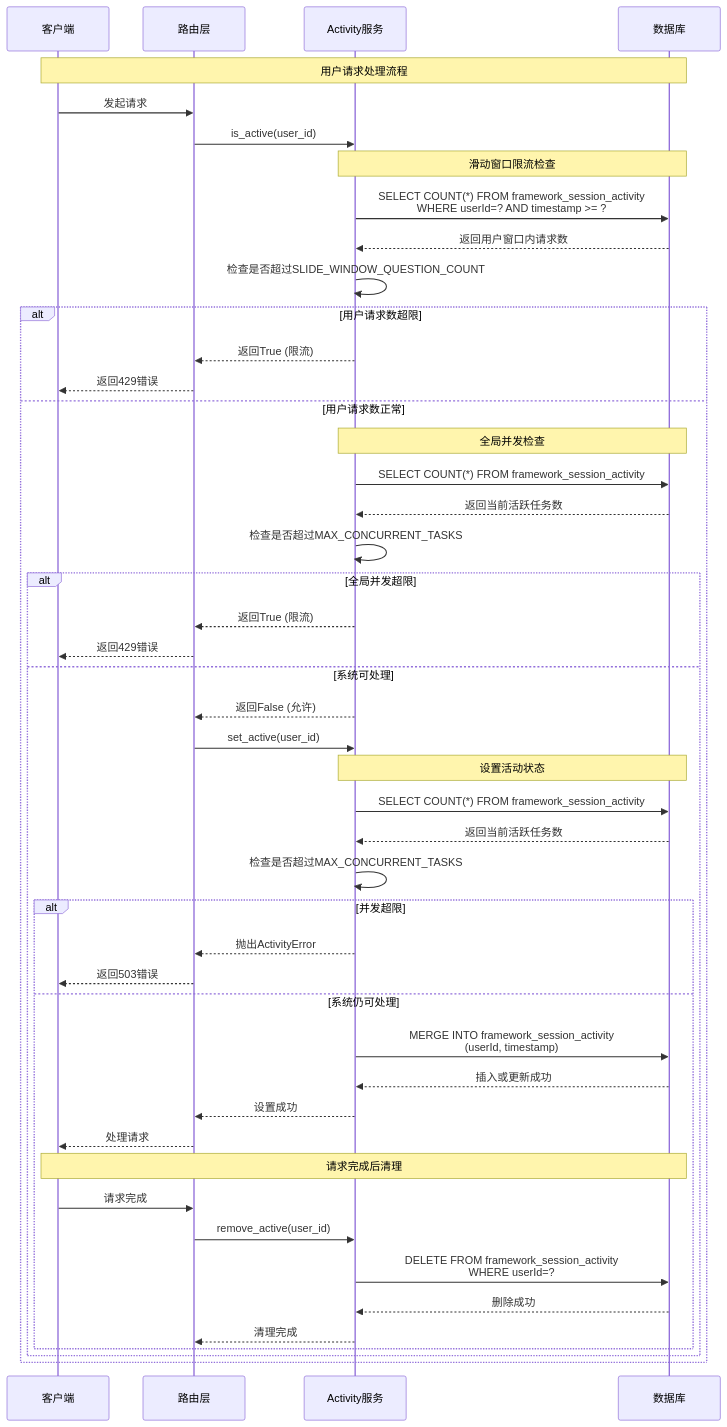
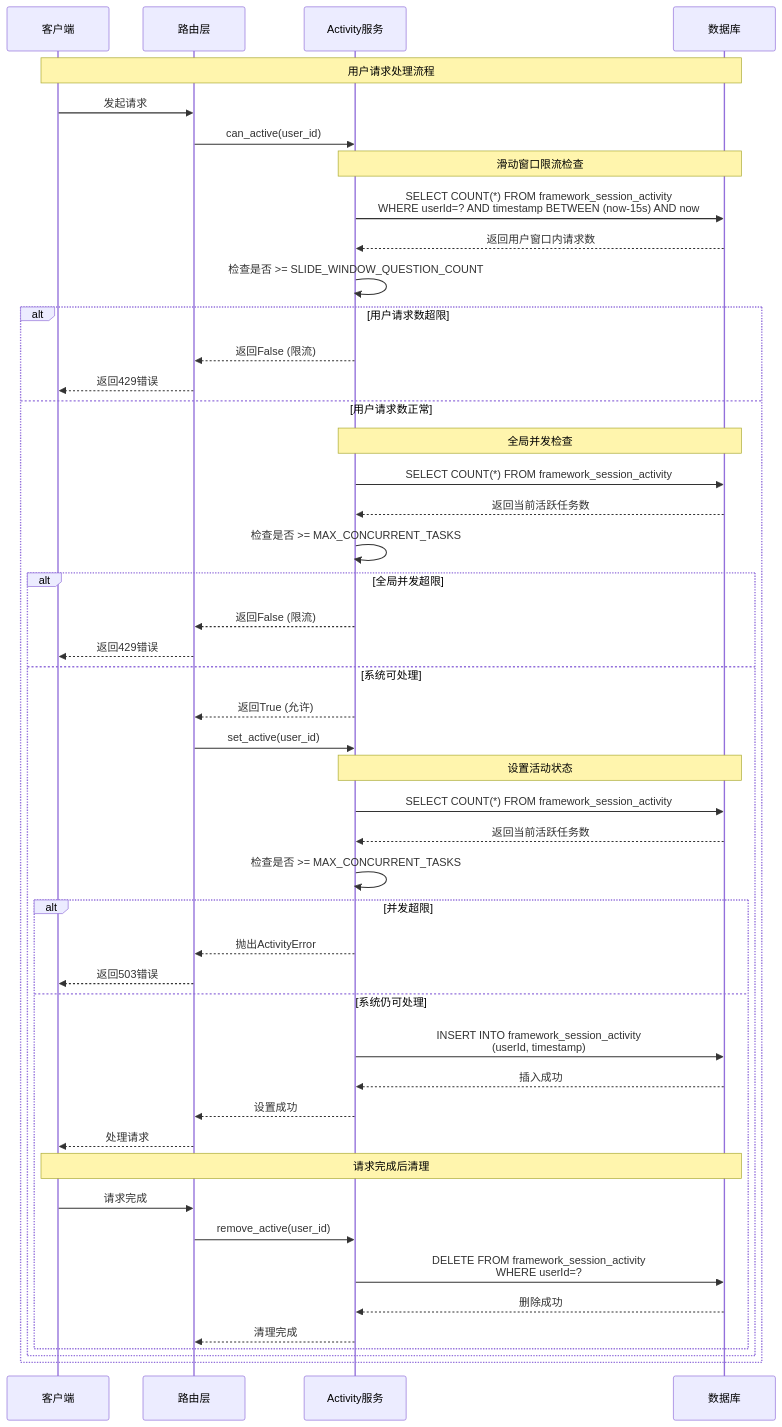
The first of 5 diagrams in design/services/activity.md (openeuler-mirror/euler-copilot-framework), drawn with Mermaid before and after one commit. The commit also changed other lines of this file and 3 other files, not shown here.

````diff
--- a/design/services/activity.md
+++ b/design/services/activity.md
@@ -50,56 +65,56 @@
 ```mermaid
 sequenceDiagram
     participant Client as 客户端
     participant Router as 路由层
     participant Activity as Activity服务
     participant DB as 数据库
 
     Note over Client, DB: 用户请求处理流程
     Client->>Router: 发起请求
-    Router->>Activity: is_active(user_id)
+    Router->>Activity: can_active(user_id)
     
     Note over Activity, DB: 滑动窗口限流检查
-    Activity->>DB: SELECT COUNT(*) FROM framework_session_activity<br/>WHERE userId=? AND timestamp >= ?
+    Activity->>DB: SELECT COUNT(*) FROM framework_session_activity<br/>WHERE userId=? AND timestamp BETWEEN (now-15s) AND now
     DB-->>Activity: 返回用户窗口内请求数
-    Activity->>Activity: 检查是否超过SLIDE_WINDOW_QUESTION_COUNT
-    
+    Activity->>Activity: 检查是否 >= SLIDE_WINDOW_QUESTION_COUNT
+
     alt 用户请求数超限
-        Activity-->>Router: 返回True (限流)
+        Activity-->>Router: 返回False (限流)
         Router-->>Client: 返回429错误
     else 用户请求数正常
         Note over Activity, DB: 全局并发检查
         Activity->>DB: SELECT COUNT(*) FROM framework_session_activity
         DB-->>Activity: 返回当前活跃任务数
-        Activity->>Activity: 检查是否超过MAX_CONCURRENT_TASKS
-        
+        Activity->>Activity: 检查是否 >= MAX_CONCURRENT_TASKS
+
         alt 全局并发超限
-            Activity-->>Router: 返回True (限流)
+            Activity-->>Router: 返回False (限流)
             Router-->>Client: 返回429错误
         else 系统可处理
-            Activity-->>Router: 返回False (允许)
+            Activity-->>Router: 返回True (允许)
             Router->>Activity: set_active(user_id)
             
             Note over Activity, DB: 设置活动状态
             Activity->>DB: SELECT COUNT(*) FROM framework_session_activity
             DB-->>Activity: 返回当前活跃任务数
-            Activity->>Activity: 检查是否超过MAX_CONCURRENT_TASKS
-            
+            Activity->>Activity: 检查是否 >= MAX_CONCURRENT_TASKS
+
             alt 并发超限
                 Activity-->>Router: 抛出ActivityError
                 Router-->>Client: 返回503错误
             else 系统仍可处理
-                Activity->>DB: MERGE INTO framework_session_activity<br/>(userId, timestamp)
-                DB-->>Activity: 插入或更新成功
+                Activity->>DB: INSERT INTO framework_session_activity<br/>(userId, timestamp)
+                DB-->>Activity: 插入成功
                 Activity-->>Router: 设置成功
                 Router-->>Client: 处理请求
                 
                 Note over Client, DB: 请求完成后清理
                 Client->>Router: 请求完成
                 Router->>Activity: remove_active(user_id)
                 Activity->>DB: DELETE FROM framework_session_activity<br/>WHERE userId=?
                 DB-->>Activity: 删除成功
                 Activity-->>Router: 清理完成
             end
         end
     end
 ```
````
